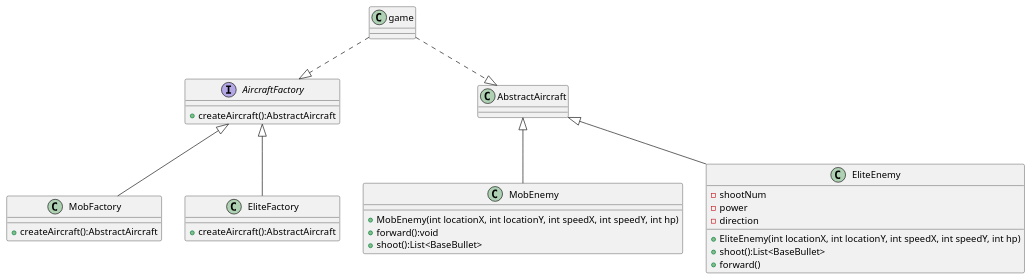
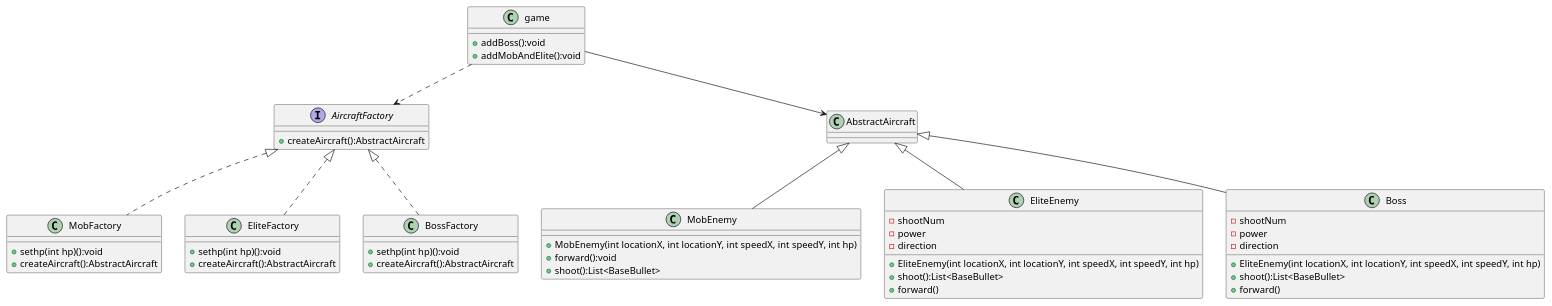
The diagram in uml/AircraftFactory.puml (ScarecrowL1/AircraftWar-Tskmdai), drawn with PlantUML before and after one commit. The commit also changed 12 other files, not shown here.

```diff
--- a/uml/AircraftFactory.puml
+++ b/uml/AircraftFactory.puml
@@ -1,45 +1,66 @@
 @startuml
 'https://plantuml.com/class-diagram
 
 interface AircraftFactory{
     +createAircraft():AbstractAircraft
 }
 
 
 AbstractAircraft <|-- MobEnemy
 AbstractAircraft <|-- EliteEnemy
+AbstractAircraft <|-- Boss
 
 
-AircraftFactory <|-- MobFactory
-AircraftFactory <|-- EliteFactory
+AircraftFactory <|.. MobFactory
+AircraftFactory <|.. EliteFactory
+AircraftFactory <|.. BossFactory
 
-game ..|> AircraftFactory
-game ..|> AbstractAircraft
+game ..> AircraftFactory
+game --> AbstractAircraft
 
-class game
+class game{
+    + addBoss():void
+    + addMobAndElite():void
+
+}
 
 class MobEnemy {
     + MobEnemy(int locationX, int locationY, int speedX, int speedY, int hp)
     + forward():void
     + shoot():List<BaseBullet>
 }
 
 class EliteEnemy{
     -shootNum
     -power
     -direction
     +EliteEnemy(int locationX, int locationY, int speedX, int speedY, int hp)
     +shoot():List<BaseBullet>
     +forward()
 }
 
+class Boss{
+    -shootNum
+    -power
+    -direction
+    +EliteEnemy(int locationX, int locationY, int speedX, int speedY, int hp)
+    +shoot():List<BaseBullet>
+    +forward()
+}
+
 
 class EliteFactory {
++ sethp(int hp)():void
 + createAircraft():AbstractAircraft
 }
 
 class MobFactory{
++ sethp(int hp)():void
 + createAircraft():AbstractAircraft
 }
 
+class BossFactory{
++ sethp(int hp)():void
++ createAircraft():AbstractAircraft
+}
 @enduml
```
